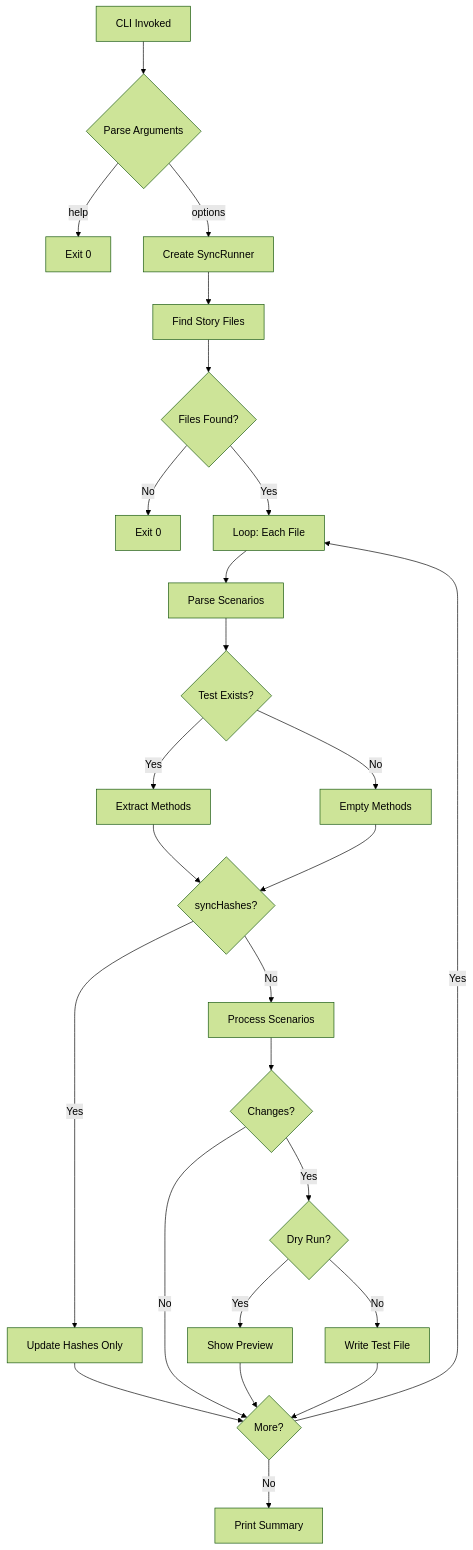
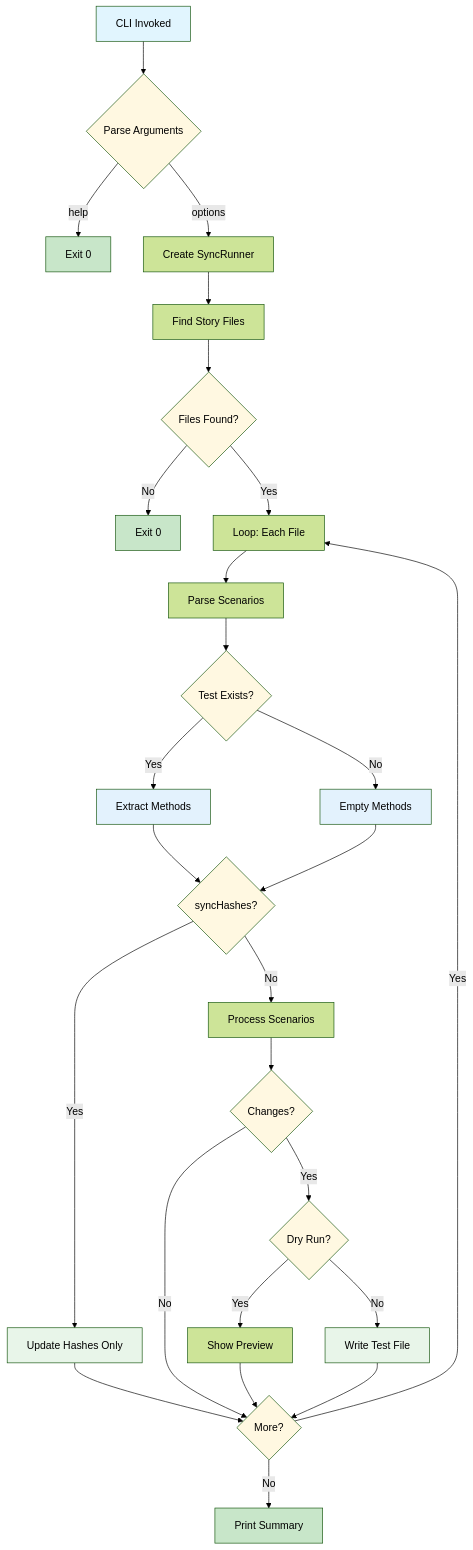
The diagram in README.md (renedekat/verteller), drawn with Mermaid (forest theme) before and after one commit.

Commit message:
docs: add colours to README flowchart

````diff
--- a/README.md
+++ b/README.md
@@ -195,34 +195,50 @@
 ```mermaid
 flowchart TD
     A[CLI Invoked] --> B{Parse Arguments}
     B -->|help| C[Exit 0]
     B -->|options| D[Create SyncRunner]
 
     D --> E[Find Story Files]
     E --> F{Files Found?}
     F -->|No| G[Exit 0]
     F -->|Yes| H[Loop: Each File]
 
     H --> I[Parse Scenarios]
     I --> J{Test Exists?}
     J -->|Yes| K[Extract Methods]
     J -->|No| L[Empty Methods]
 
     K --> M{syncHashes?}
     L --> M
 
     M -->|Yes| N[Update Hashes Only]
     N --> NEXT
 
     M -->|No| O[Process Scenarios]
     O --> P{Changes?}
     P -->|No| NEXT
     P -->|Yes| Q{Dry Run?}
     Q -->|Yes| R[Show Preview]
     Q -->|No| S[Write Test File]
 
     R --> NEXT
     S --> NEXT
     NEXT{More?} -->|Yes| H
     NEXT -->|No| T[Print Summary]
+
+    style A fill:#e1f5fe
+    style C fill:#c8e6c9
+    style G fill:#c8e6c9
+    style T fill:#c8e6c9
+    style B fill:#fff8e1
+    style F fill:#fff8e1
+    style J fill:#fff8e1
+    style M fill:#fff8e1
+    style P fill:#fff8e1
+    style Q fill:#fff8e1
+    style NEXT fill:#fff8e1
+    style S fill:#e8f5e9
+    style N fill:#e8f5e9
+    style K fill:#e3f2fd
+    style L fill:#e3f2fd
 ```
````
